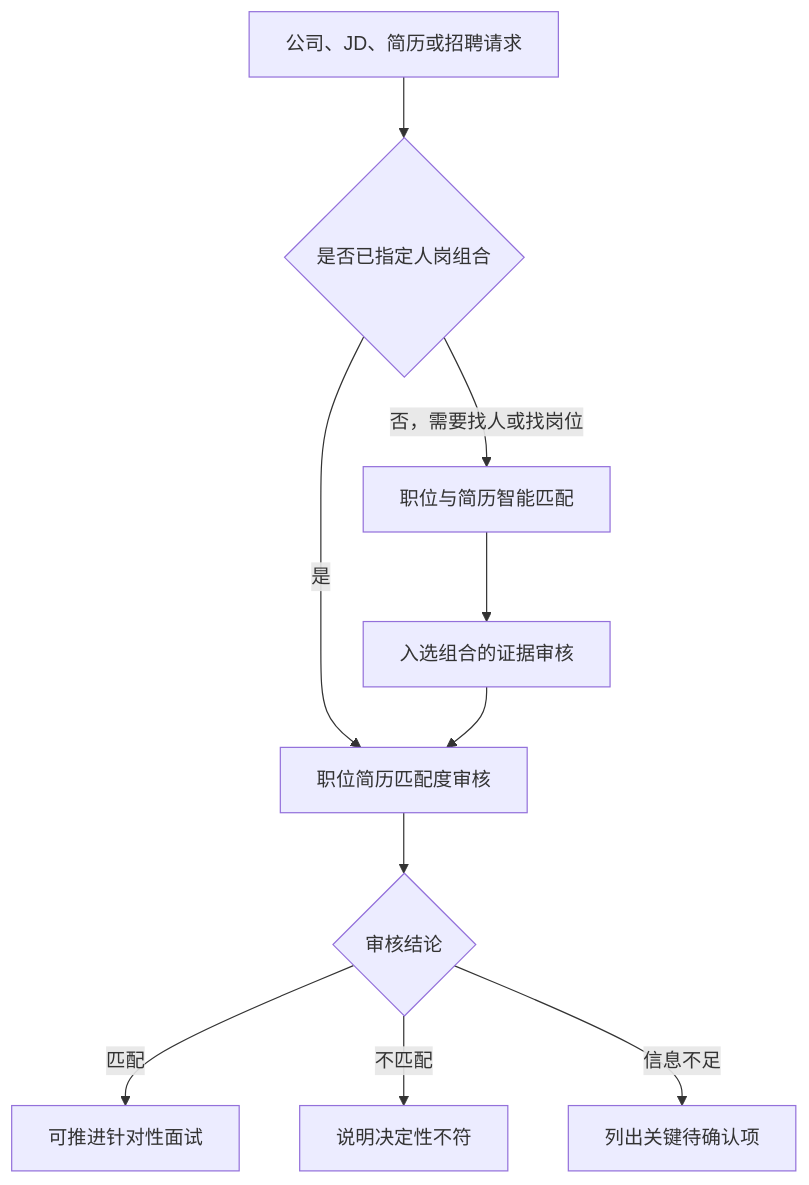
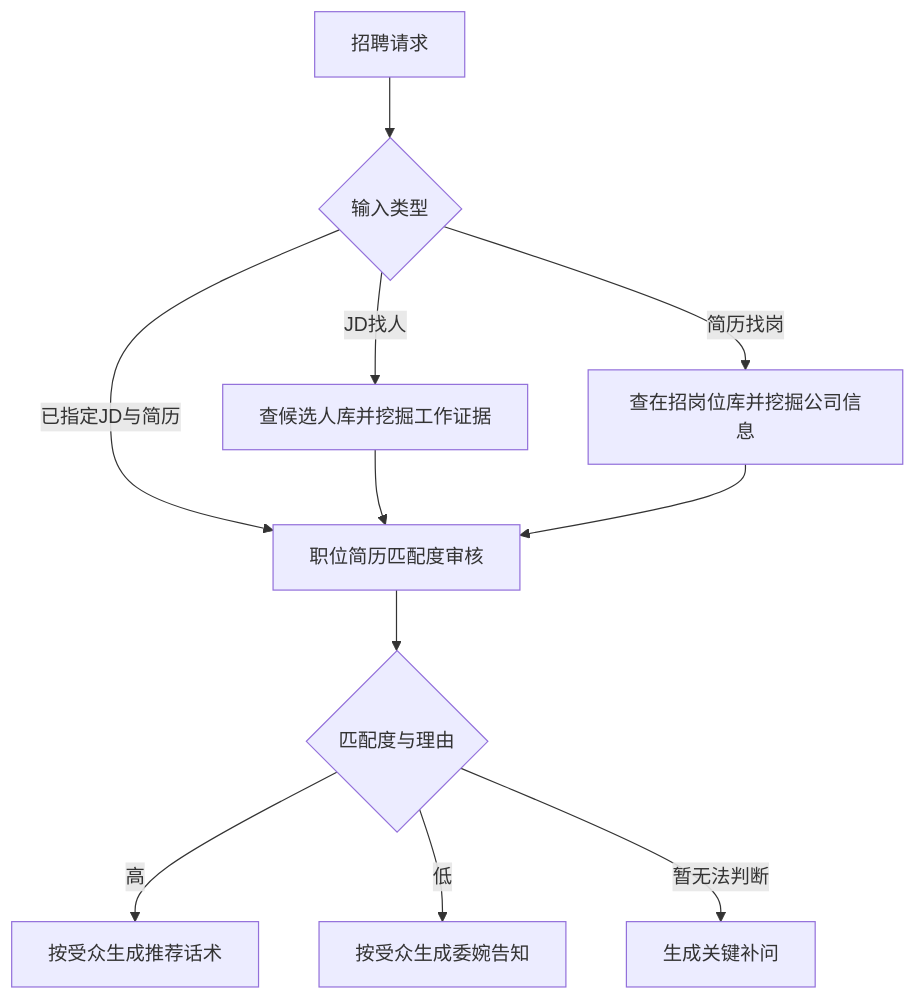
The diagram in README.md (Ivor-NCUT/fanhan-agentic-talent-recruiting), drawn with Mermaid before and after one commit. The commit also changed other lines of this file and 12 other files, not shown here.

````diff
--- a/README.md
+++ b/README.md
@@ -17,12 +17,13 @@
 ```mermaid
 flowchart TD
-  A[公司、JD、简历或招聘请求] --> B{是否已指定人岗组合}
-  B -->|是| C[职位简历匹配度审核]
-  B -->|否，需要找人或找岗位| D[职位与简历智能匹配]
-  D --> E[入选组合的证据审核]
+  A[招聘请求] --> B{输入类型}
+  B -->|JD找人| D[查候选人库并挖掘工作证据]
+  B -->|简历找岗| E[查在招岗位库并挖掘公司信息]
+  B -->|已指定JD与简历| C[职位简历匹配度审核]
+  D --> C
   E --> C
-  C --> F{审核结论}
-  F -->|匹配| G[可推进针对性面试]
-  F -->|不匹配| H[说明决定性不符]
-  F -->|信息不足| I[列出关键待确认项]
+  C --> F{匹配度与理由}
+  F -->|高| G[按受众生成推荐话术]
+  F -->|低| H[按受众生成委婉告知]
+  F -->|暂无法判断| I[生成关键补问]
 ```
````
